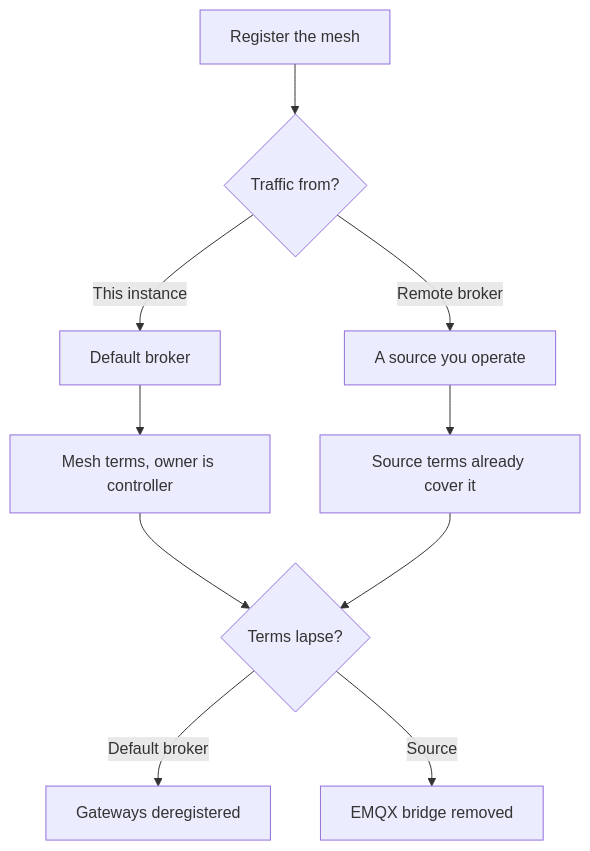
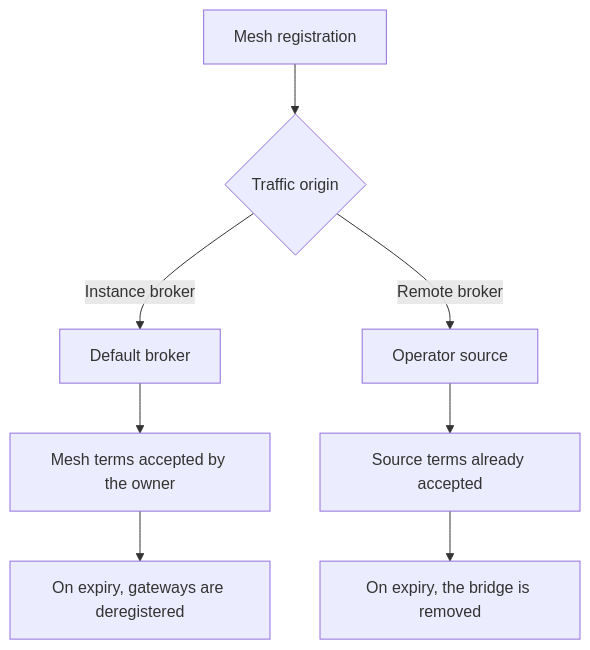
The diagram in apps/web/content/docs/en/meshes.mdx (sensical-coop/mesh-things-apps), drawn with Mermaid before and after one commit. The commit also changed other lines of this file and 27 other files, not shown here.

````diff
--- a/apps/web/content/docs/en/meshes.mdx
+++ b/apps/web/content/docs/en/meshes.mdx
@@ -10,12 +10,10 @@
 ```mermaid
 flowchart TD
-  create["Register the mesh"] --> where{"Traffic from?"}
-  where -->|This instance| own["Default broker"]
-  where -->|Remote broker| source["A source you operate"]
-  own --> meshTerms["Mesh terms, owner is controller"]
-  source --> sourceTerms["Source terms already cover it"]
-  meshTerms --> lapse{"Terms lapse?"}
-  sourceTerms --> lapse
-  lapse -->|Default broker| pauseMesh["Gateways deregistered"]
-  lapse -->|Source| pauseBridge["EMQX bridge removed"]
+  create["Mesh registration"] --> origin{"Traffic origin"}
+  origin -->|Instance broker| own["Default broker"]
+  origin -->|Remote broker| source["Operator source"]
+  own --> meshTerms["Mesh terms accepted by the owner"]
+  source --> sourceTerms["Source terms already accepted"]
+  meshTerms --> lapsedMesh["On expiry, gateways are deregistered"]
+  sourceTerms --> lapsedSource["On expiry, the bridge is removed"]
 ```
````
